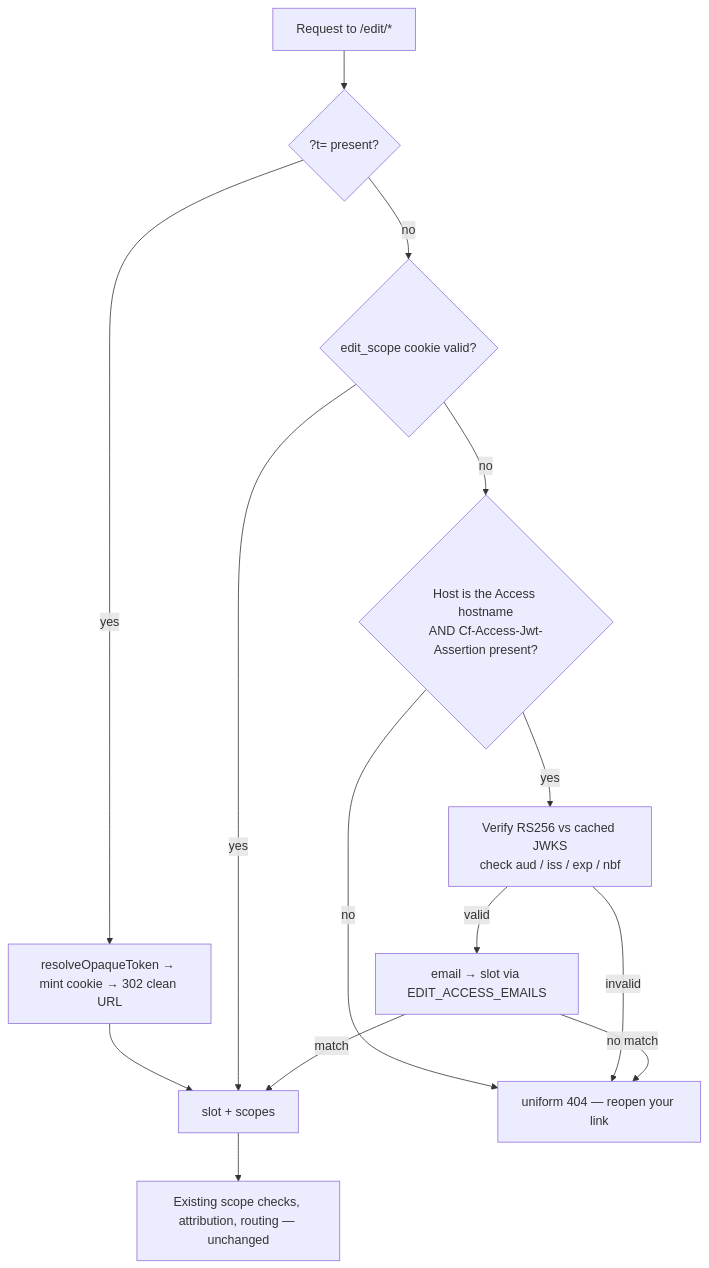
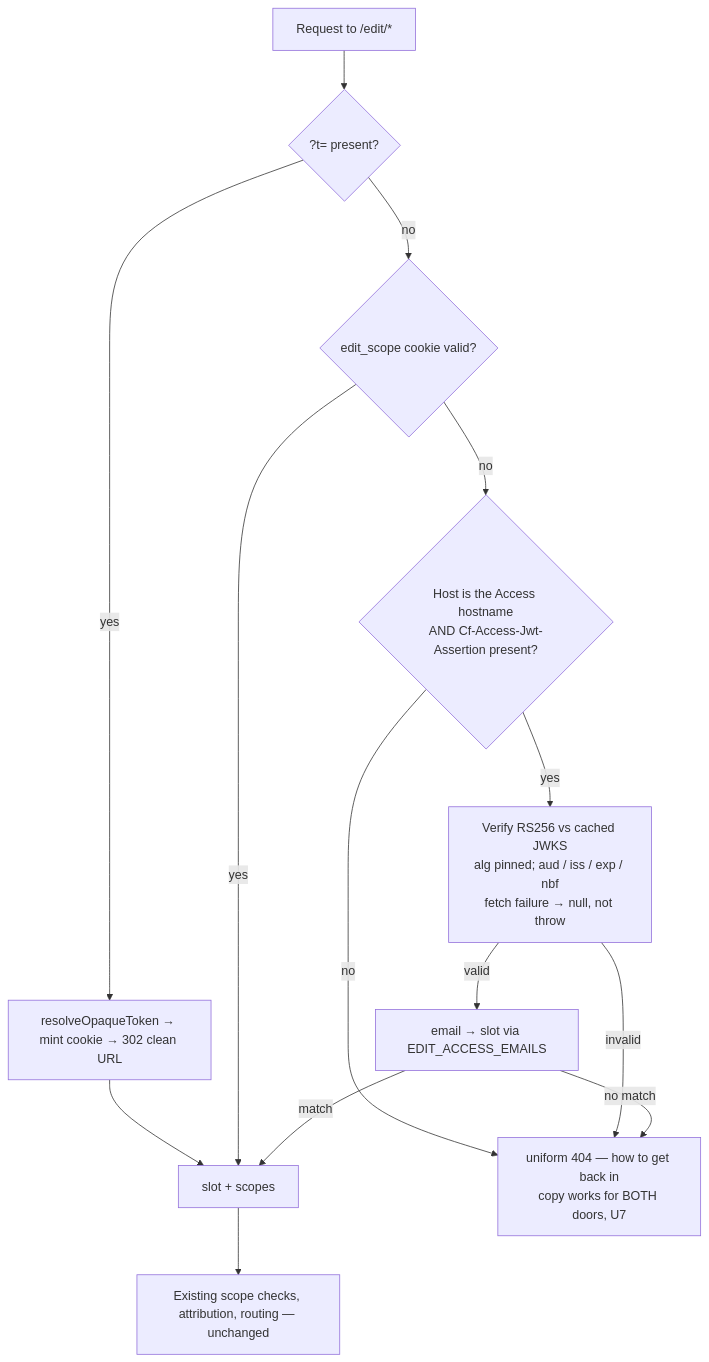
The diagram in docs/plans/2026-07-27-001-feat-cloudflare-access-door-plan.md (damienriehl/sonsteng-magnum-opus), drawn with Mermaid before and after one commit. The commit also changed other lines of this file, not shown here.

````diff
--- a/docs/plans/2026-07-27-001-feat-cloudflare-access-door-plan.md
+++ b/docs/plans/2026-07-27-001-feat-cloudflare-access-door-plan.md
@@ -165,16 +226,16 @@
 ```mermaid
 flowchart TD
     A[Request to /edit/*] --> B{?t= present?}
     B -->|yes| C[resolveOpaqueToken → mint cookie → 302 clean URL]
     C --> Z[slot + scopes]
     B -->|no| D{edit_scope cookie valid?}
     D -->|yes| Z
     D -->|no| E{Host is the Access hostname<br/>AND Cf-Access-Jwt-Assertion present?}
-    E -->|no| F[uniform 404 — reopen your link]
-    E -->|yes| G[Verify RS256 vs cached JWKS<br/>check aud / iss / exp / nbf]
+    E -->|no| F[uniform 404 — how to get back in<br/>copy works for BOTH doors, U7]
+    E -->|yes| G[Verify RS256 vs cached JWKS<br/>alg pinned; aud / iss / exp / nbf<br/>fetch failure → null, not throw]
     G -->|invalid| F
     G -->|valid| H[email → slot via EDIT_ACCESS_EMAILS]
     H -->|no match| F
     H -->|match| Z
     Z --> I[Existing scope checks, attribution, routing — unchanged]
 ```
````
